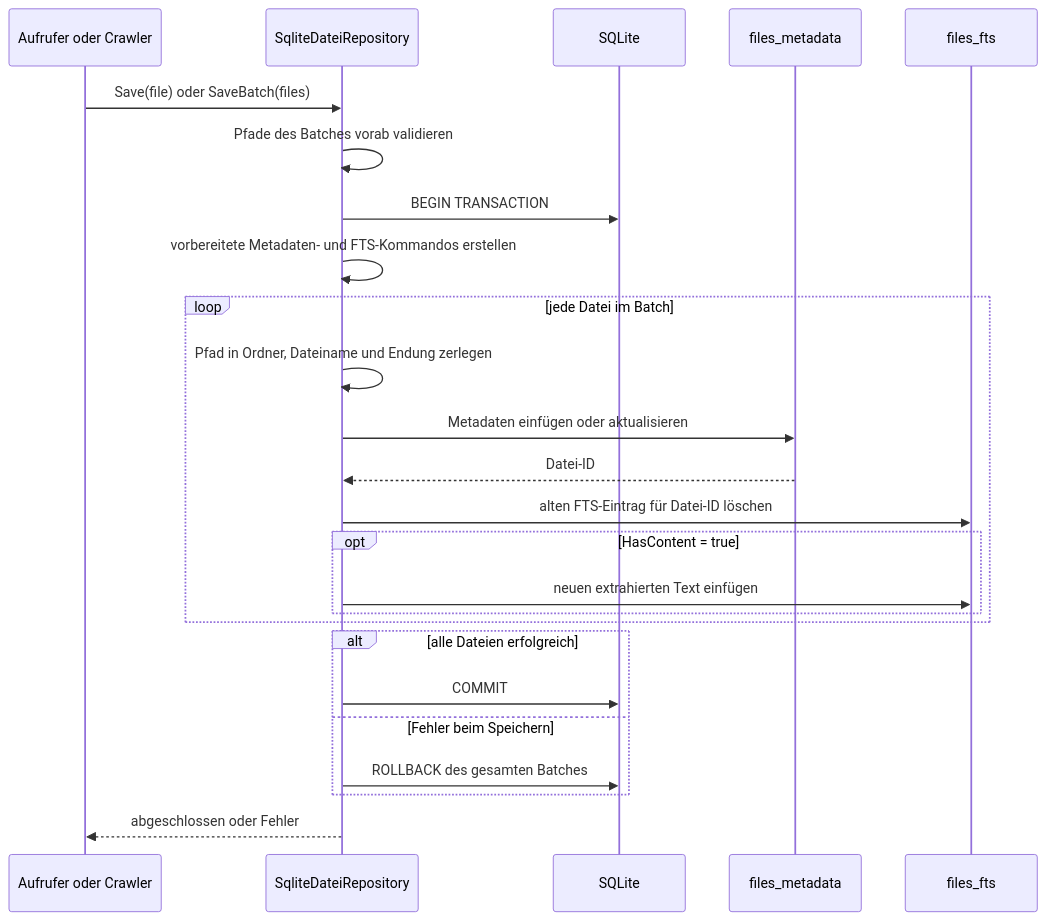
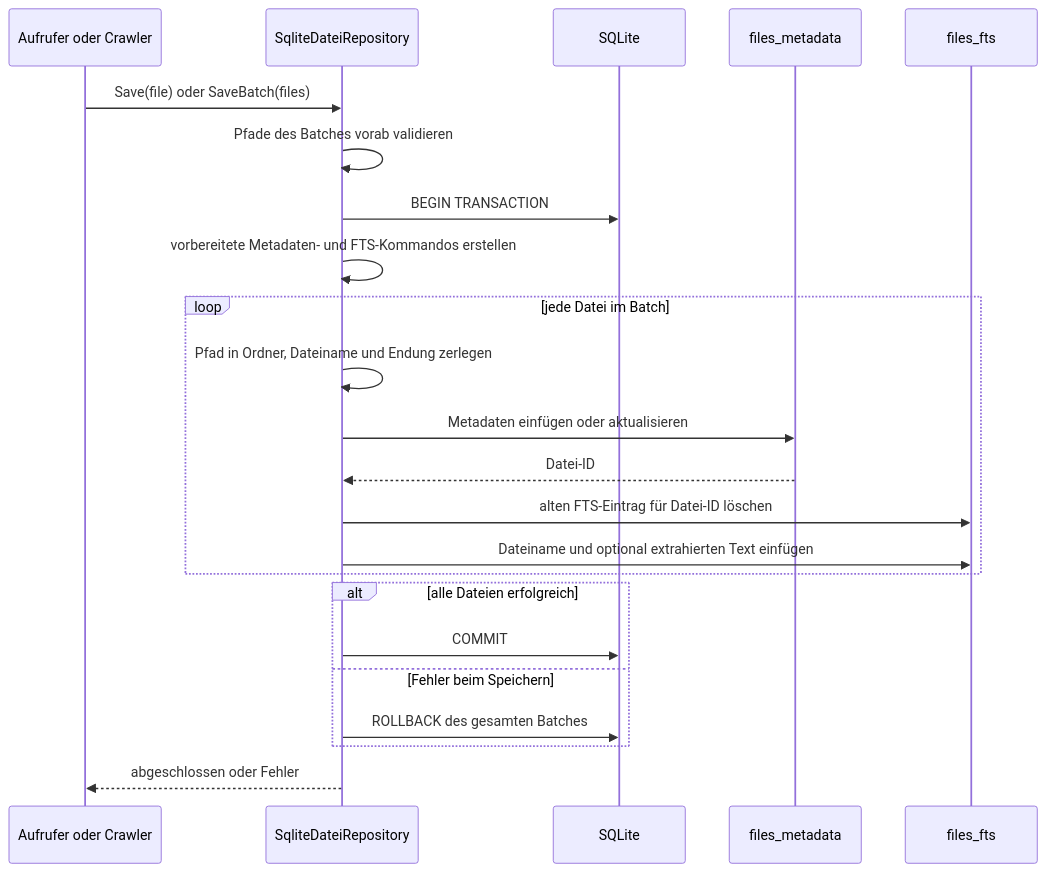
One commit to Henry-lge/PowerShell-Suchmaschine changed the seventh of 12 diagrams in DATABASE.md. Above: the diagram before and after it, drawn with Mermaid. The commit also changed other lines of this file and 4 other files, not shown here.

````diff
--- a/DATABASE.md
+++ b/DATABASE.md
@@ -680,27 +706,25 @@
 ```mermaid
 sequenceDiagram
     participant Caller as Aufrufer oder Crawler
     participant Repo as SqliteDateiRepository
     participant DB as SQLite
     participant Meta as files_metadata
     participant FTS as files_fts
     Caller->>Repo: Save(file) oder SaveBatch(files)
     Repo->>Repo: Pfade des Batches vorab validieren
     Repo->>DB: BEGIN TRANSACTION
     Repo->>Repo: vorbereitete Metadaten- und FTS-Kommandos erstellen
     loop jede Datei im Batch
         Repo->>Repo: Pfad in Ordner, Dateiname und Endung zerlegen
         Repo->>Meta: Metadaten einfügen oder aktualisieren
         Meta-->>Repo: Datei-ID
         Repo->>FTS: alten FTS-Eintrag für Datei-ID löschen
-        opt HasContent = true
-            Repo->>FTS: neuen extrahierten Text einfügen
-        end
+        Repo->>FTS: Dateiname und optional extrahierten Text einfügen
     end
     alt alle Dateien erfolgreich
         Repo->>DB: COMMIT
     else Fehler beim Speichern
         Repo->>DB: ROLLBACK des gesamten Batches
     end
     Repo-->>Caller: abgeschlossen oder Fehler
 ```
````
